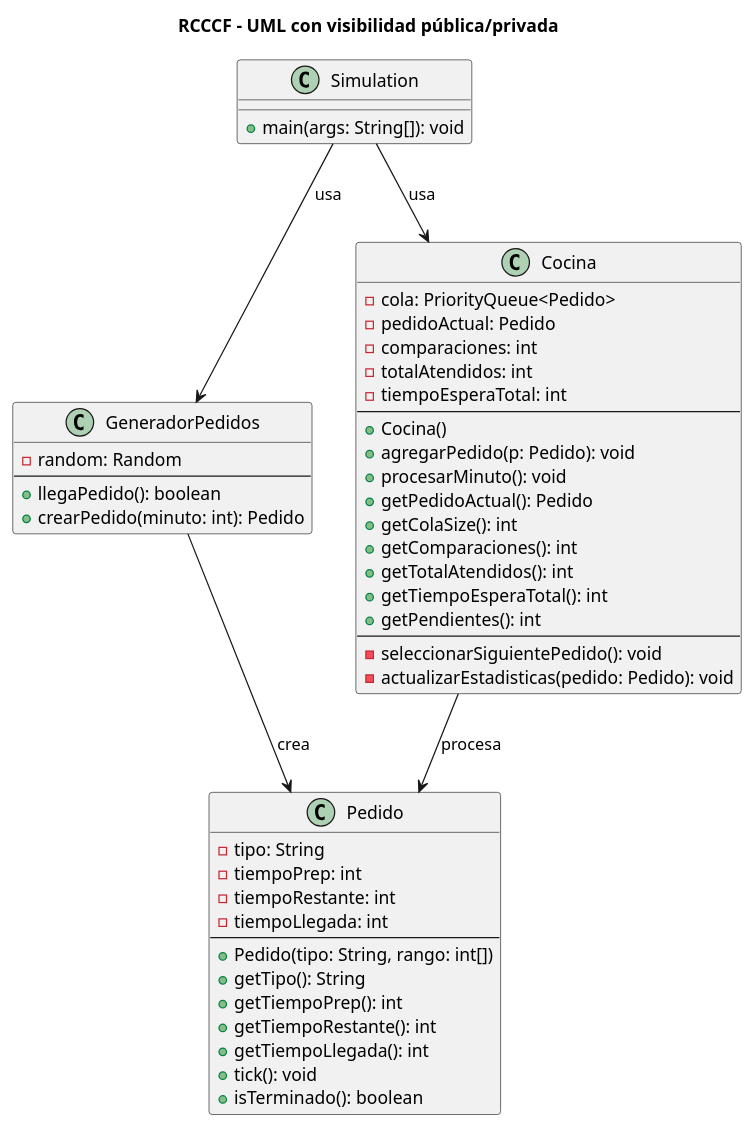
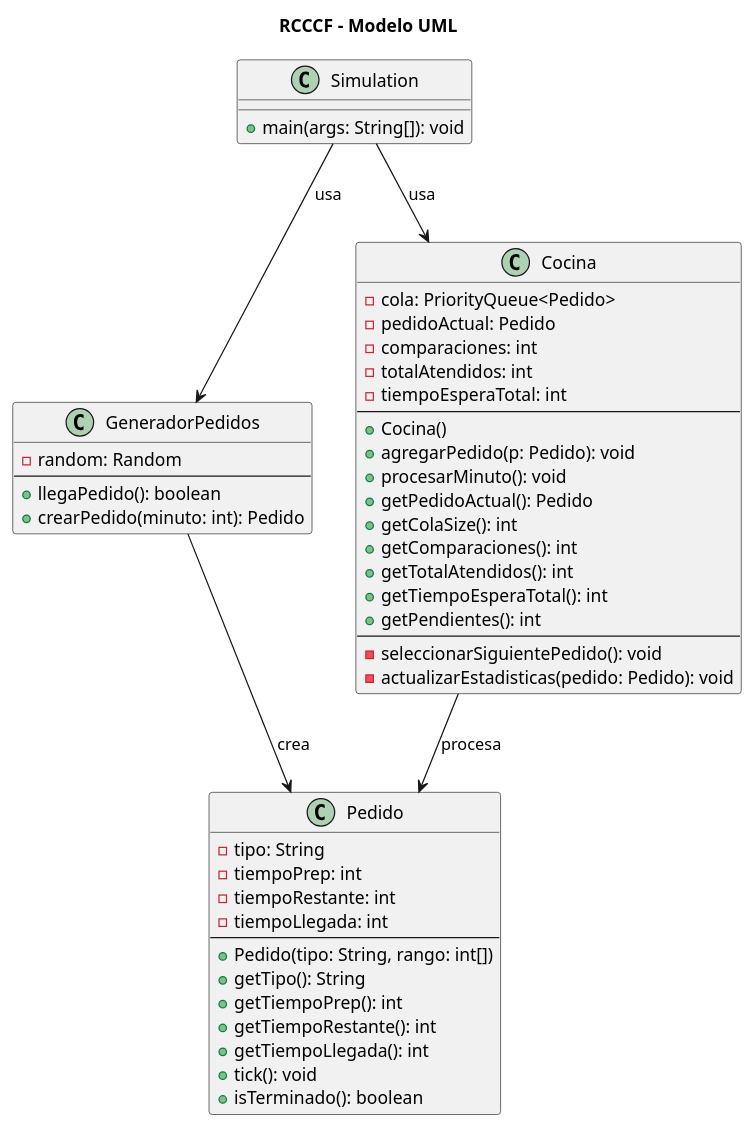
One commit to mmasias/25-26-EDA1 changed the diagram in entregas/caicedoEsteban/src/rcccf.puml. Above: the diagram before and after it, drawn with PlantUML.

Commit message:
Correción del diagrama puml

```diff
--- a/entregas/caicedoEsteban/src/rcccf.puml
+++ b/entregas/caicedoEsteban/src/rcccf.puml
@@ -1,56 +1,56 @@
 @startuml
-title RCCCF - UML con visibilidad pública/privada
+title RCCCF - Modelo UML
 
 class Pedido {
     - tipo: String
     - tiempoPrep: int
     - tiempoRestante: int
     - tiempoLlegada: int
     --
     + Pedido(tipo: String, rango: int[])
     + getTipo(): String
     + getTiempoPrep(): int
     + getTiempoRestante(): int
     + getTiempoLlegada(): int
     + tick(): void
     + isTerminado(): boolean
 }
 
 class GeneradorPedidos {
     - random: Random
     --
     + llegaPedido(): boolean
     + crearPedido(minuto: int): Pedido
 }
 
 class Cocina {
     - cola: PriorityQueue<Pedido>
     - pedidoActual: Pedido
     - comparaciones: int
     - totalAtendidos: int
     - tiempoEsperaTotal: int
     --
     + Cocina()
     + agregarPedido(p: Pedido): void
     + procesarMinuto(): void
     + getPedidoActual(): Pedido
     + getColaSize(): int
     + getComparaciones(): int
     + getTotalAtendidos(): int
     + getTiempoEsperaTotal(): int
     + getPendientes(): int
     --
-    - seleccionarSiguientePedido(): void
+    -seleccionarSiguientePedido(): void
     - actualizarEstadisticas(pedido: Pedido): void
 }
 
 class Simulation {
     + main(args: String[]): void
 }
 
 GeneradorPedidos --> Pedido : «crea»
 Cocina --> Pedido : «procesa»
 Simulation --> Cocina : «usa»
 Simulation --> GeneradorPedidos : «usa»
 
 @enduml
```
